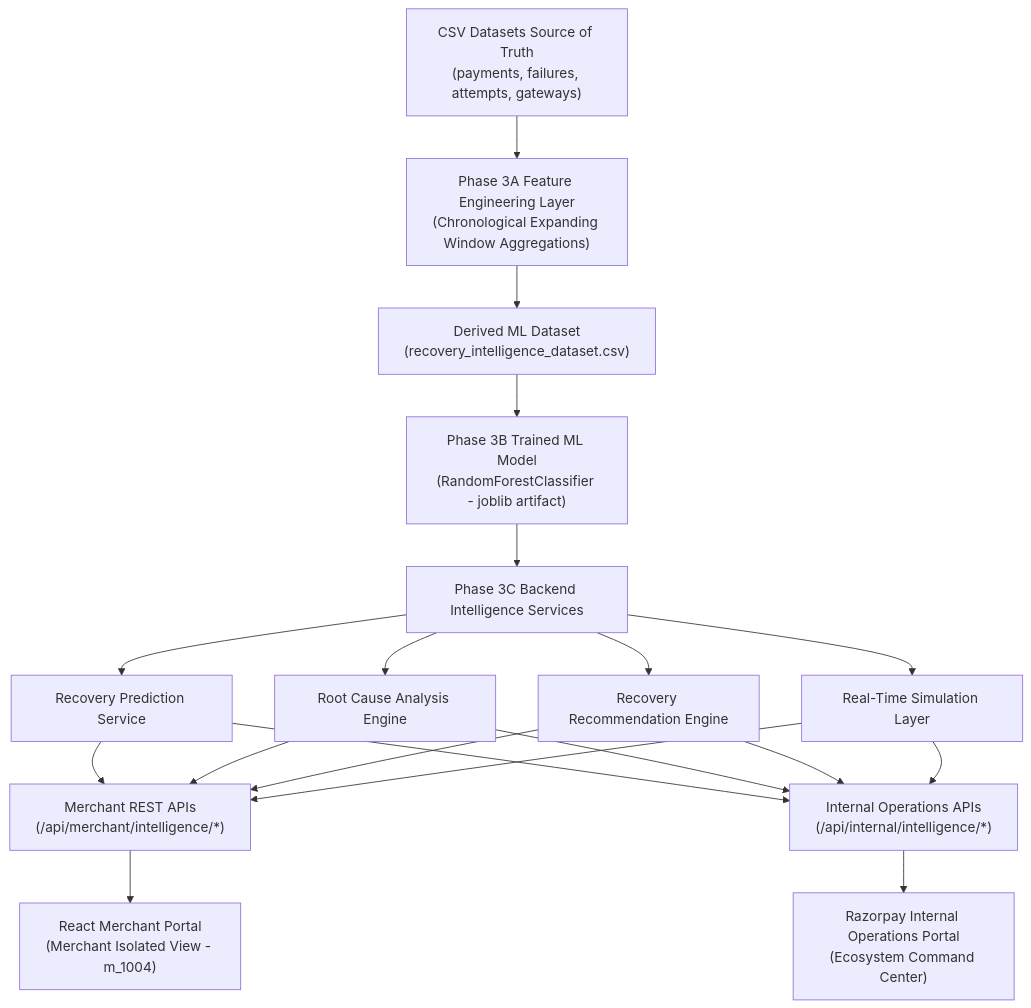
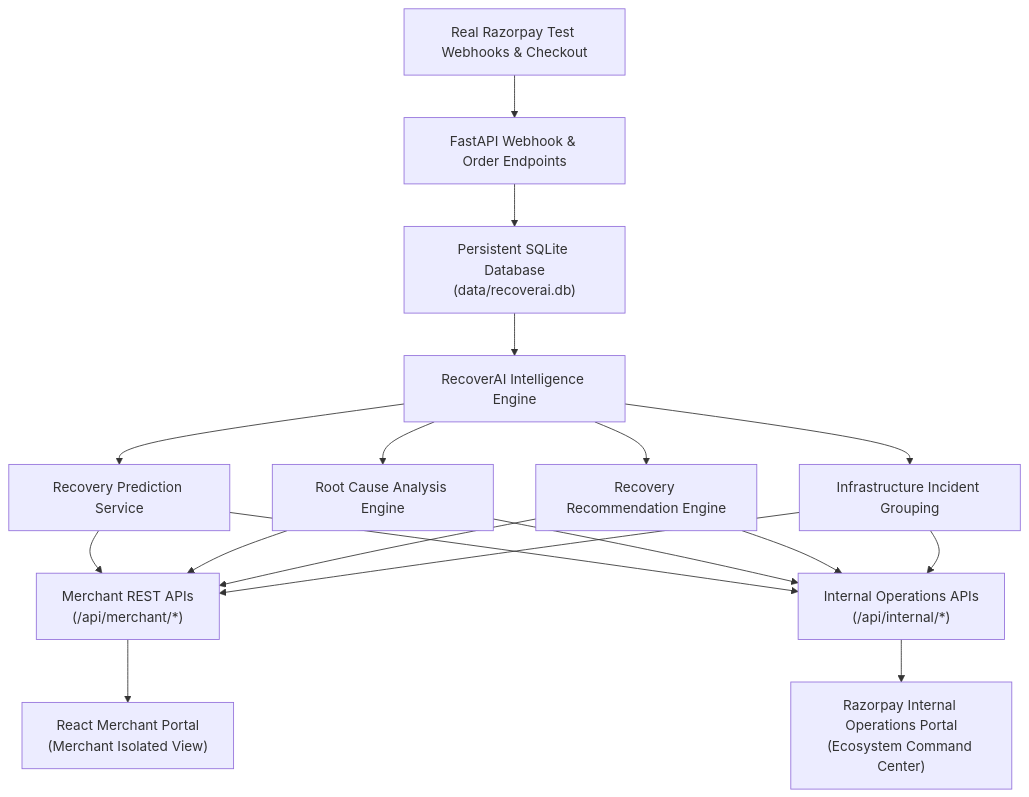
Before and after one commit to prathmeshbole5-hub/razor_pay: the diagram in README.md, drawn with Mermaid. The commit also changed other lines of this file and 17 other files, not shown here.

````diff
--- a/README.md
+++ b/README.md
@@ -24,18 +25,17 @@
 ```mermaid
 graph TD
-    A["CSV Datasets Source of Truth<br/>(payments, failures, attempts, gateways)"] --> B["Phase 3A Feature Engineering Layer<br/>(Chronological Expanding Window Aggregations)"]
-    B --> C["Derived ML Dataset<br/>(recovery_intelligence_dataset.csv)"]
-    C --> D["Phase 3B Trained ML Model<br/>(RandomForestClassifier - joblib artifact)"]
+    A["Real Razorpay Test Webhooks & Checkout"] --> B["FastAPI Webhook & Order Endpoints"]
+    B --> C["Persistent SQLite Database<br/>(data/recoverai.db)"]
     
-    D --> E["Phase 3C Backend Intelligence Services"]
-    E --> F1["Recovery Prediction Service"]
-    E --> F2["Root Cause Analysis Engine"]
-    E --> F3["Recovery Recommendation Engine"]
-    E --> F4["Real-Time Simulation Layer"]
+    C --> D["RecoverAI Intelligence Engine"]
+    D --> E1["Recovery Prediction Service"]
+    D --> E2["Root Cause Analysis Engine"]
+    D --> E3["Recovery Recommendation Engine"]
+    D --> E4["Infrastructure Incident Grouping"]
     
-    F1 & F2 & F3 & F4 --> G1["Merchant REST APIs<br/>(/api/merchant/intelligence/*)"]
-    F1 & F2 & F3 & F4 --> G2["Internal Operations APIs<br/>(/api/internal/intelligence/*)"]
+    E1 & E2 & E3 & E4 --> F1["Merchant REST APIs<br/>(/api/merchant/*)"]
+    E1 & E2 & E3 & E4 --> F2["Internal Operations APIs<br/>(/api/internal/*)"]
     
-    G1 --> H1["React Merchant Portal<br/>(Merchant Isolated View - m_1004)"]
-    G2 --> H2["Razorpay Internal Operations Portal<br/>(Ecosystem Command Center)"]
+    F1 --> G1["React Merchant Portal<br/>(Merchant Isolated View)"]
+    F2 --> G2["Razorpay Internal Operations Portal<br/>(Ecosystem Command Center)"]
 ```
````
